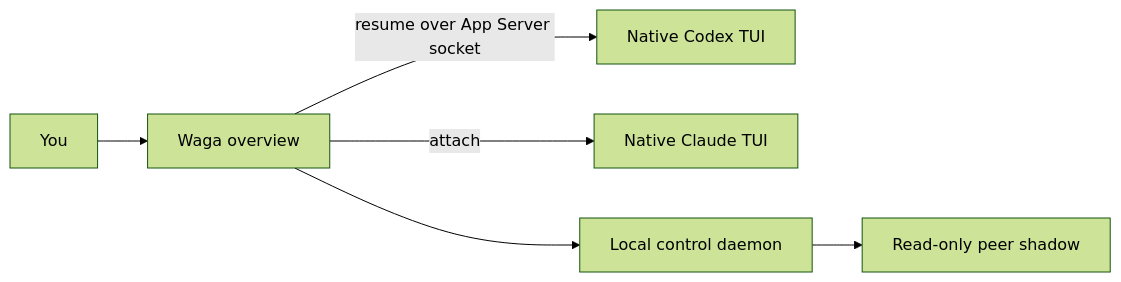
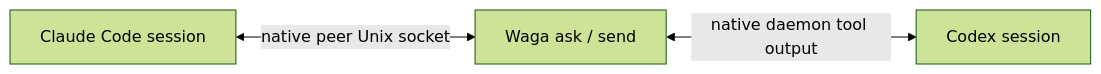
One commit to dkwlsdl3/wattari-gattari changed the diagram in README.md. Above: the diagram before and after it, drawn with Mermaid (forest theme). The commit also changed other lines of this file and 8 other files, not shown here.

````diff
--- a/README.md
+++ b/README.md
@@ -28,8 +25,5 @@
 ```mermaid
 flowchart LR
-  Human[You] --> Waga[Waga overview]
-  Waga -->|resume over App Server socket| Codex[Native Codex TUI]
-  Waga -->|attach| Claude[Native Claude TUI]
-  Waga --> Host[Local control daemon]
-  Host --> Shadow[Read-only peer shadow]
+  C[Claude Code session] <-->|native peer Unix socket| W[Waga ask / send]
+  W <-->|native daemon tool output| X[Codex session]
 ```
````
